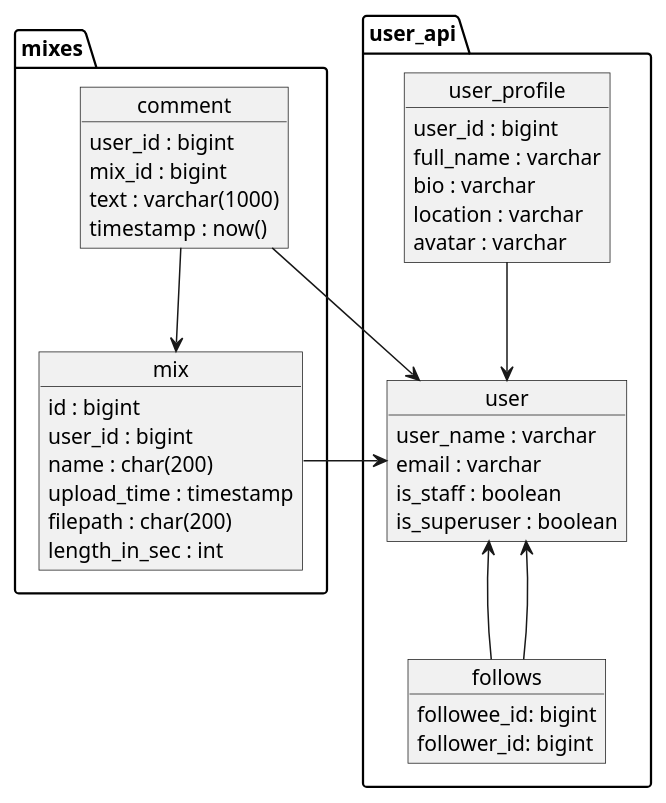
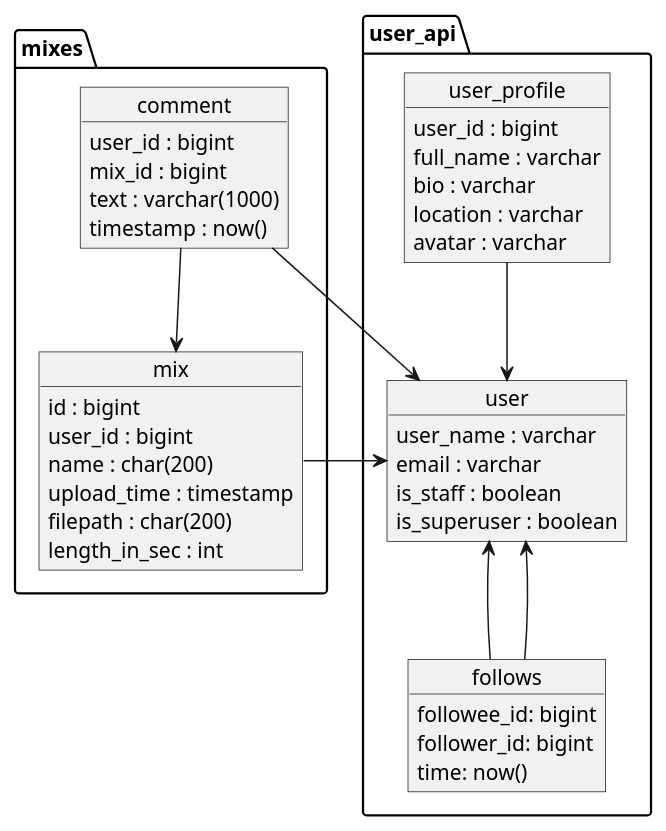
One commit to senorfelipe/mix-share changed the diagram in backend/docs/data_schema.plantuml. Above: the diagram before and after it, drawn with PlantUML. The commit also changed 7 other files, not shown here.

```diff
--- a/backend/docs/data_schema.plantuml
+++ b/backend/docs/data_schema.plantuml
@@ -1,58 +1,59 @@
 @startuml database
 
 
 package user_api {
     object user {
         user_name : varchar
         email : varchar
         is_staff : boolean
         is_superuser : boolean
     }
     object user_profile {
         user_id : bigint
         full_name : varchar
         bio : varchar
         location : varchar
         avatar : varchar
     }
 
     object follows {
         followee_id: bigint
         follower_id: bigint
+        time: now()
     }
 }
 
 package mixes {
 
     object mix {
         id : bigint
         user_id : bigint
         name : char(200)
         upload_time : timestamp
         filepath : char(200)
         length_in_sec : int
     }
 
     object comment {
         user_id : bigint
         mix_id : bigint
         text : varchar(1000)
         timestamp : now()
     }
 
 
 
 }
 
 
 
 
 
 user <-- follows
 user <-- follows
 mix -> user
 user_profile --> user
 comment --> user
 comment --> mix
 
 @enduml
```
